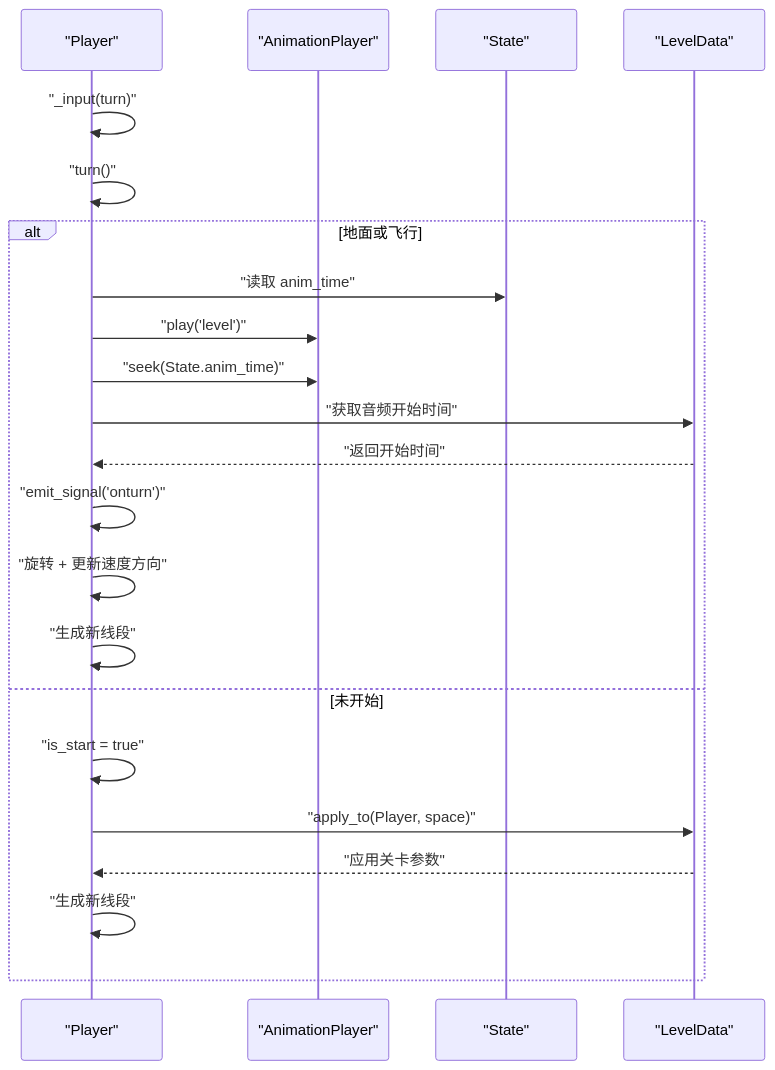
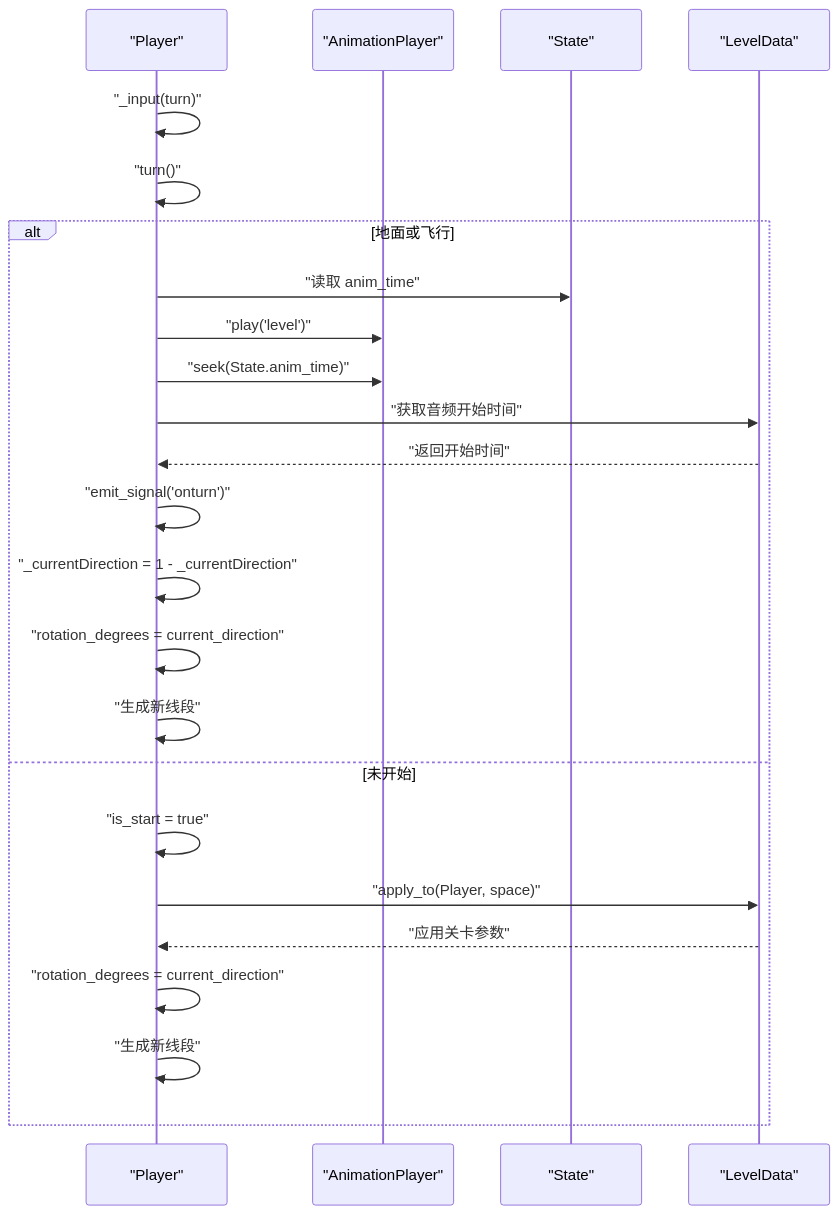
The fourth of 6 diagrams in .qoder/repowiki/zh/content/游戏系统/角色控制系统.md (godotline/godot-line), drawn with Mermaid before and after one commit. The commit also changed other lines of this file and 34 other files, not shown here.

````diff
--- a/.qoder/repowiki/zh/content/游戏系统/角色控制系统.md
+++ b/.qoder/repowiki/zh/content/游戏系统/角色控制系统.md
@@ -281,24 +306,26 @@
 ```mermaid
 sequenceDiagram
 participant P as "Player"
 participant A as "AnimationPlayer"
 participant S as "State"
 participant LD as "LevelData"
 P->>P : "_input(turn)"
 P->>P : "turn()"
 alt 地面或飞行
 P->>S : "读取 anim_time"
 P->>A : "play('level')"
 P->>A : "seek(State.anim_time)"
 P->>LD : "获取音频开始时间"
 LD-->>P : "返回开始时间"
 P->>P : "emit_signal('onturn')"
-P->>P : "旋转 + 更新速度方向"
+P->>P : "_currentDirection = 1 - _currentDirection"
+P->>P : "rotation_degrees = current_direction"
 P->>P : "生成新线段"
 else 未开始
 P->>P : "is_start = true"
 P->>LD : "apply_to(Player, space)"
 LD-->>P : "应用关卡参数"
+P->>P : "rotation_degrees = current_direction"
 P->>P : "生成新线段"
 end
 ```
````
